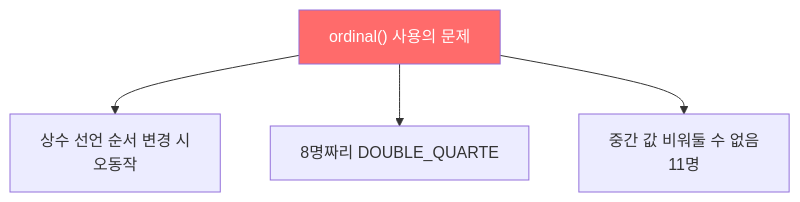
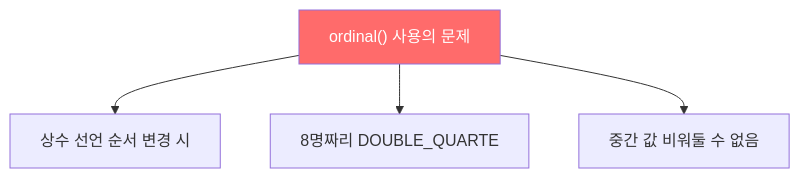
The first of 2 diagrams in _posts/java/2022-01-14-effective-java35.md (yjkim2015/yjkim2015.github.io), drawn with Mermaid before and after one commit. The commit also changed other lines of this file and 217 other files, not shown here.

First line of the commit message:
Mermaid 크기 수정: useMaxWidth:true + SVG max-width:100% + 라벨 축소

````diff
--- a/_posts/java/2022-01-14-effective-java35.md
+++ b/_posts/java/2022-01-14-effective-java35.md
@@ -30,7 +30,7 @@
 ```mermaid
 graph TD
-    A["ordinal() 사용의 문제"] --> B["상수 선언 순서 변경 시\n오동작"]
+    A["ordinal() 사용의 문제"] --> B["상수 선언 순서 변경 시"]
     A --> C["8명짜리 DOUBLE_QUARTE"]
-    A --> D["중간 값 비워둘 수 없음\n11명"]
+    A --> D["중간 값 비워둘 수 없음"]
     style A fill:#ff6b6b,color:#fff
 ```
````
